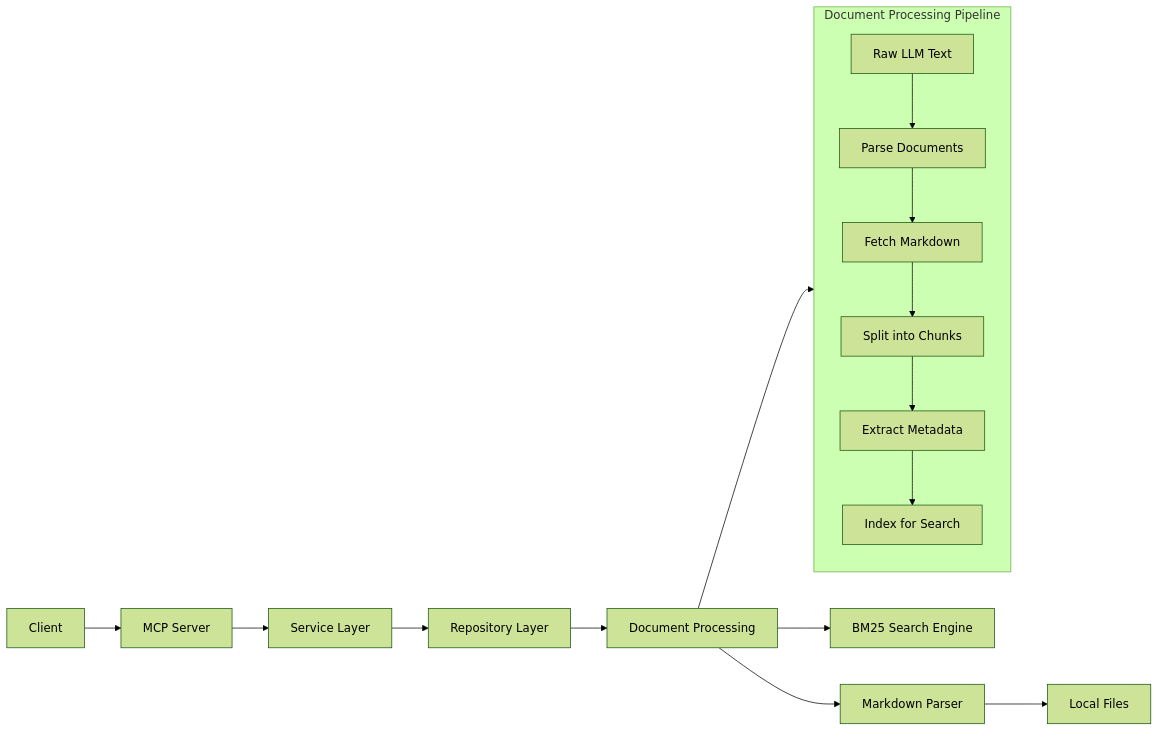
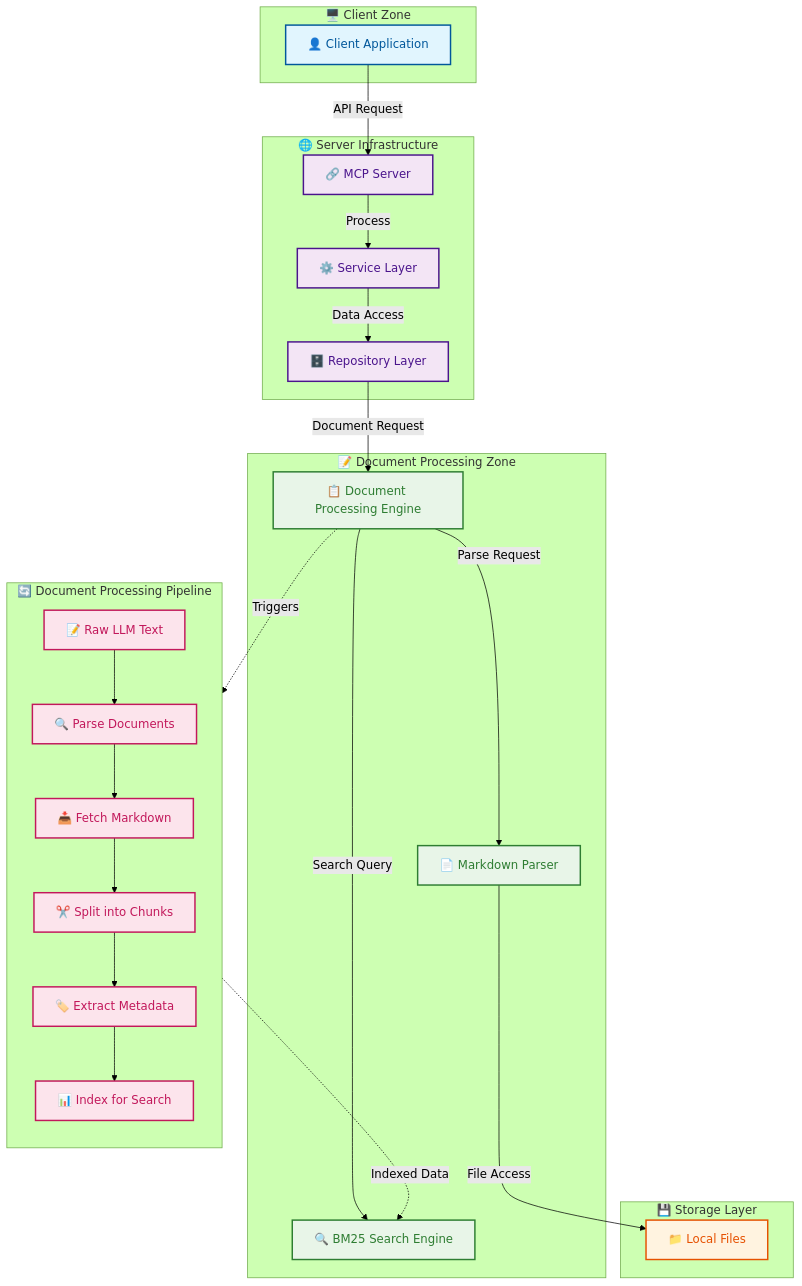
The diagram in README.md (supersignal/on_my_starboard_side), drawn with Mermaid (forest theme) before and after one commit. The commit also changed other lines of this file, not shown here.

````diff
--- a/README.md
+++ b/README.md
@@ -43,20 +43,67 @@
 ```mermaid
-graph LR
-  A[Client] --> B[MCP Server]
-  B --> C[Service Layer]
-  C --> D[Repository Layer]
-  D --> E[Document Processing]
-  E --> F[BM25 Search Engine]
-  E --> G[Markdown Parser]
-  G --> H[Local Files]
-
-  subgraph PIPELINE [Document Processing Pipeline]
-    I[Raw LLM Text] --> J[Parse Documents]
-    J --> K[Fetch Markdown]
-    K --> L[Split into Chunks]
-    L --> M[Extract Metadata]
-    M --> N[Index for Search]
-  end
-
-  E --> PIPELINE
+graph TB
+    %% 클라이언트 영역
+    subgraph CLIENT_ZONE [" 🖥️ Client Zone "]
+        A[👤 Client Application]
+    end
+    
+    %% 서버 영역
+    subgraph SERVER_ZONE [" 🌐 Server Infrastructure "]
+        B[🔗 MCP Server]
+        C[⚙️ Service Layer]
+        D[🗄️ Repository Layer]
+    end
+    
+    %% 문서 처리 영역
+    subgraph DOC_ZONE [" 📝 Document Processing Zone "]
+        E[📋 Document Processing Engine]
+        F[🔍 BM25 Search Engine]
+        G[📄 Markdown Parser]
+    end
+    
+    %% 저장소 영역
+    subgraph STORAGE_ZONE [" 💾 Storage Layer "]
+        H[📁 Local Files]
+    end
+    
+    %% 파이프라인 영역
+    subgraph PIPELINE [" 🔄 Document Processing Pipeline "]
+        direction TB
+        I[📝 Raw LLM Text] 
+        J[🔍 Parse Documents]
+        K[📥 Fetch Markdown]
+        L[✂️ Split into Chunks]
+        M[🏷️ Extract Metadata]
+        N[📊 Index for Search]
+        
+        I --> J
+        J --> K
+        K --> L
+        L --> M
+        M --> N
+    end
+    
+    %% 연결 관계
+    A -->|API Request| B
+    B -->|Process| C
+    C -->|Data Access| D
+    D -->|Document Request| E
+    E -->|Search Query| F
+    E -->|Parse Request| G
+    G -->|File Access| H
+    E -.->|Triggers| PIPELINE
+    N -.->|Indexed Data| F
+    
+    %% 스타일링
+    classDef clientStyle fill:#e1f5fe,stroke:#01579b,stroke-width:2px,color:#01579b
+    classDef serverStyle fill:#f3e5f5,stroke:#4a148c,stroke-width:2px,color:#4a148c
+    classDef docStyle fill:#e8f5e8,stroke:#2e7d32,stroke-width:2px,color:#2e7d32
+    classDef storageStyle fill:#fff3e0,stroke:#e65100,stroke-width:2px,color:#e65100
+    classDef pipelineStyle fill:#fce4ec,stroke:#c2185b,stroke-width:2px,color:#c2185b
+    
+    class A clientStyle
+    class B,C,D serverStyle
+    class E,F,G docStyle
+    class H storageStyle
+    class I,J,K,L,M,N pipelineStyle
 ```
````
